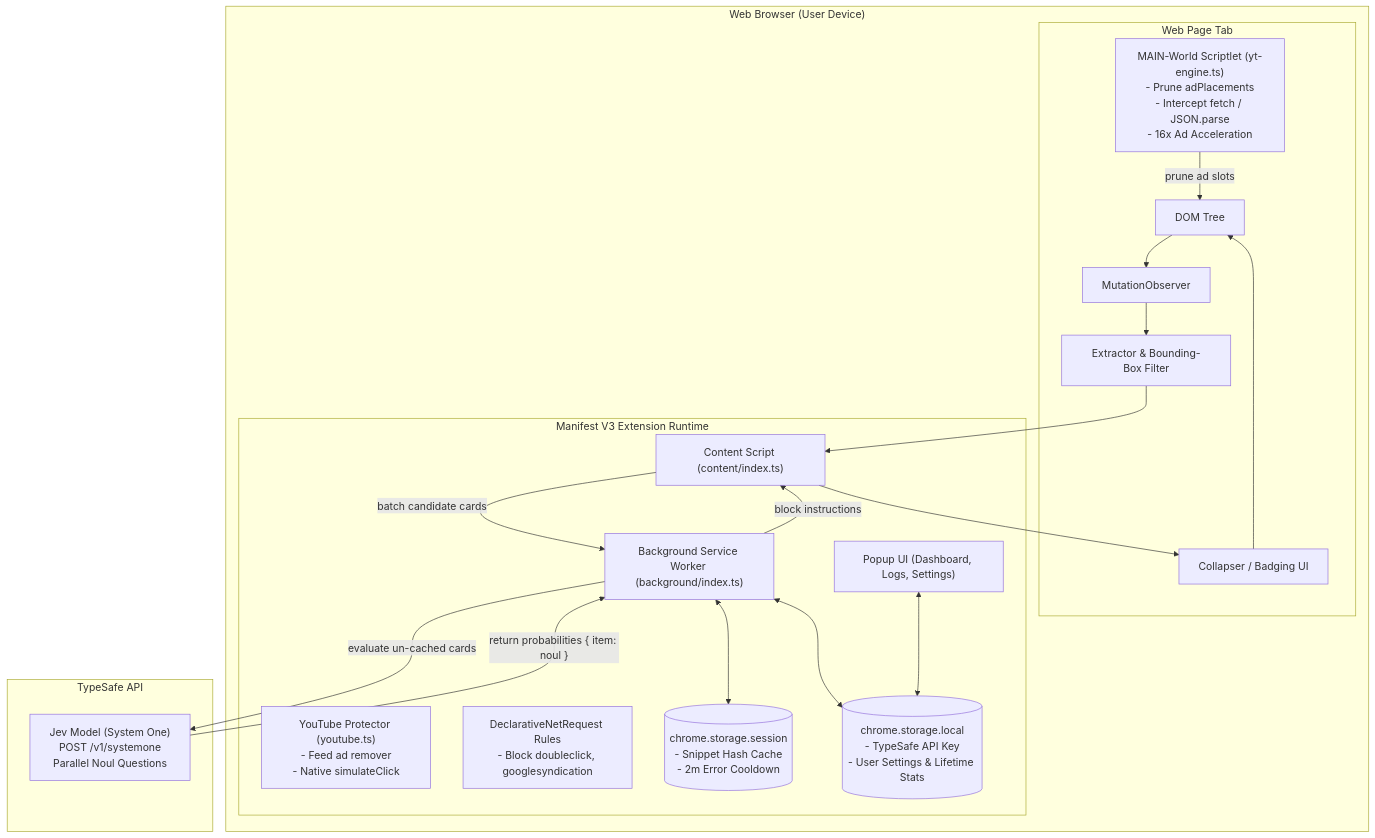
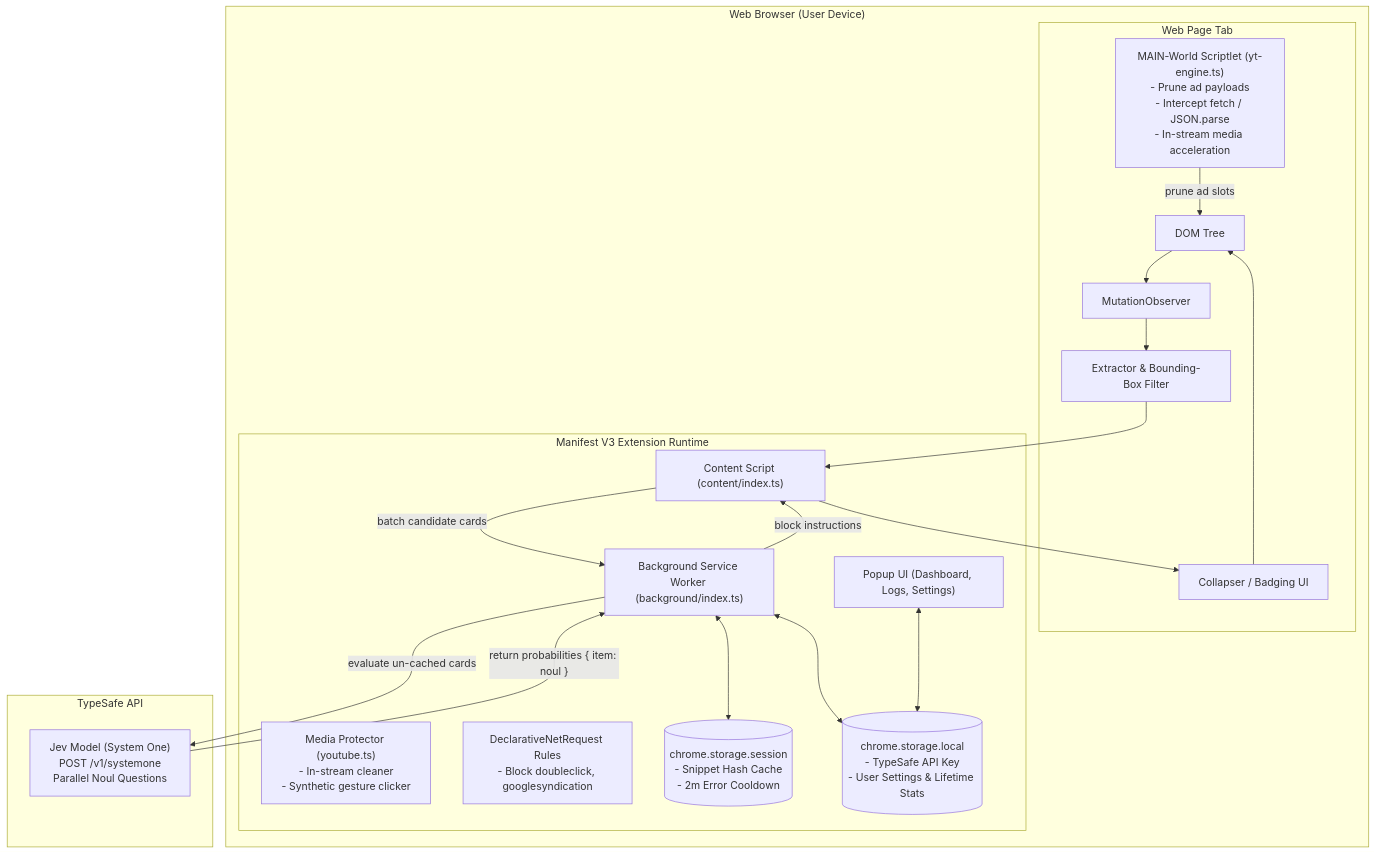
One commit to vmendes90/jev-shield changed the diagram in README.md. Above: the diagram before and after it, drawn with Mermaid. The commit also changed other lines of this file, not shown here.

Commit message:
docs: generalize video engine descriptions in README

````diff
--- a/README.md
+++ b/README.md
@@ -41,37 +41,37 @@
 ```mermaid
 flowchart TD
     subgraph WebBrowser ["Web Browser (User Device)"]
         subgraph WebPageTab ["Web Page Tab"]
             DOM["DOM Tree"]
             MO["MutationObserver"]
             Ext["Extractor & Bounding-Box Filter"]
             DOMMod["Collapser / Badging UI"]
-            YTEngine["MAIN-World Scriptlet (yt-engine.ts)\n- Prune adPlacements\n- Intercept fetch / JSON.parse\n- 16x Ad Acceleration"]
+            MediaEngine["MAIN-World Scriptlet (yt-engine.ts)\n- Prune ad payloads\n- Intercept fetch / JSON.parse\n- In-stream media acceleration"]
         end
 
         subgraph ExtensionRuntime ["Manifest V3 Extension Runtime"]
             CS["Content Script (content/index.ts)"]
-            YTProtector["YouTube Protector (youtube.ts)\n- Feed ad remover\n- Native simulateClick"]
+            MediaProtector["Media Protector (youtube.ts)\n- In-stream cleaner\n- Synthetic gesture clicker"]
             DNR["DeclarativeNetRequest Rules\n- Block doubleclick, googlesyndication"]
             SW["Background Service Worker (background/index.ts)"]
             StoreSession[("chrome.storage.session\n- Snippet Hash Cache\n- 2m Error Cooldown")]
             StoreLocal[("chrome.storage.local\n- TypeSafe API Key\n- User Settings & Lifetime Stats")]
             Popup["Popup UI (Dashboard, Logs, Settings)"]
         end
     end
 
     subgraph TypeSafeCloud ["TypeSafe API"]
         Jev["Jev Model (System One)\nPOST /v1/systemone\nParallel Noul Questions"]
     end
 
     DOM --> MO --> Ext --> CS
-    YTEngine -->|"prune ad slots"| DOM
+    MediaEngine -->|"prune ad slots"| DOM
     CS -->|"batch candidate cards"| SW
     SW <--> StoreSession
     SW <--> StoreLocal
     SW -->|"evaluate un-cached cards"| Jev
     Jev -->|"return probabilities { item: noul }"| SW
     SW -->|"block instructions"| CS
     CS --> DOMMod --> DOM
     Popup <--> StoreLocal
 ```
````
